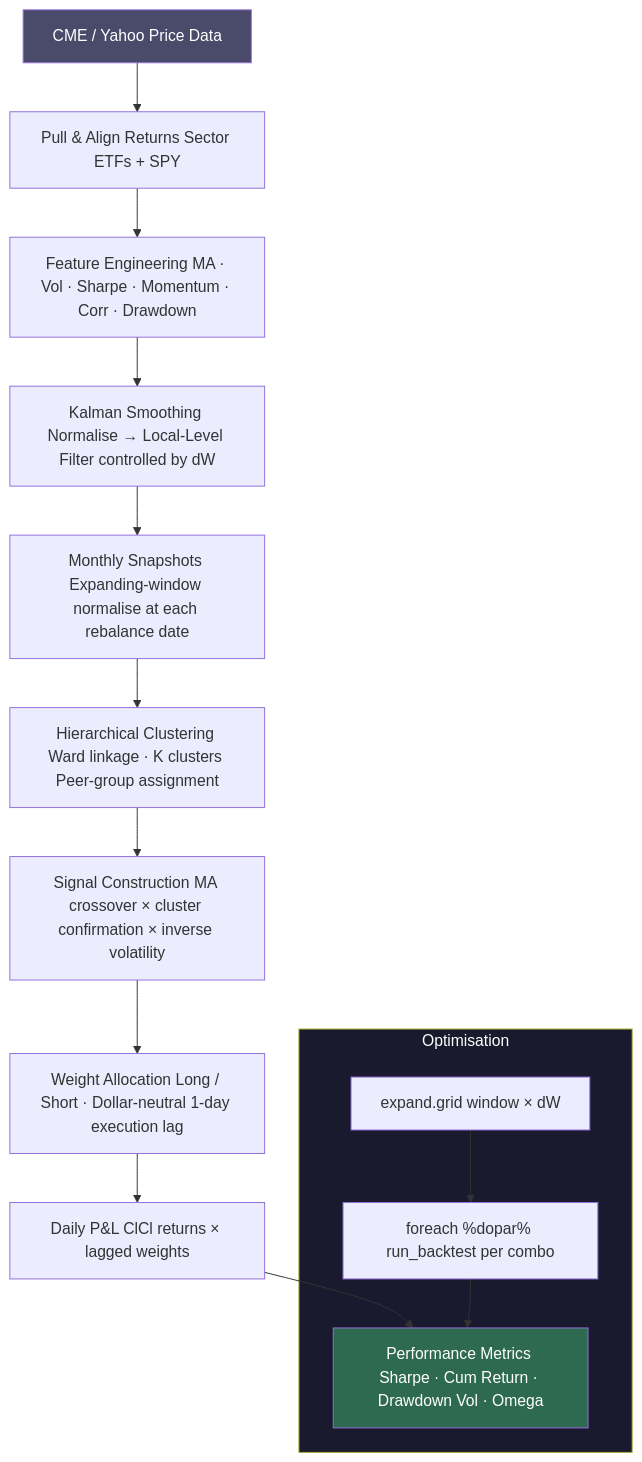
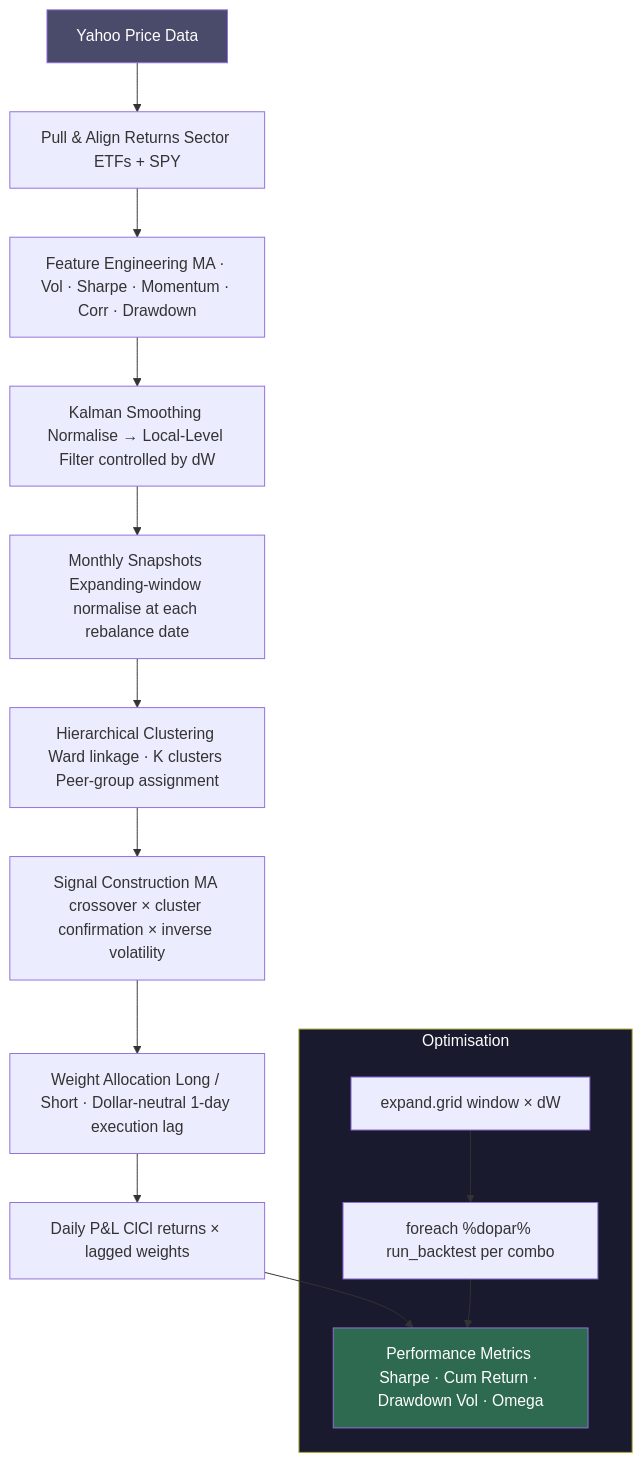
Before and after one commit to PassiveAlex/Fin-452-QTP: the diagram in QTP.qmd, drawn with Mermaid. The commit also changed other lines of this file, not shown here.

Commit message:
Removed the accidental CME thing in the mermaid chart

````diff
--- a/QTP.qmd
+++ b/QTP.qmd
@@ -1011,21 +1011,21 @@
 ```{mermaid}
 flowchart TD
-    A[CME / Yahoo Price Data] --> B[Pull & Align Returns Sector ETFs + SPY]
+    A[Yahoo Price Data] --> B[Pull & Align Returns Sector ETFs + SPY]
     B --> C[Feature Engineering MA · Vol · Sharpe · Momentum · Corr · Drawdown]
     C --> D[Kalman Smoothing Normalise → Local-Level Filter controlled by dW]
     D --> E[Monthly Snapshots Expanding-window normalise at each rebalance date]
     E --> F[Hierarchical Clustering Ward linkage · K clusters Peer-group assignment]
     F --> G[Signal Construction MA crossover × cluster confirmation × inverse volatility]
     G --> H[Weight Allocation Long / Short · Dollar-neutral 1-day execution lag]
     H --> I[Daily P&L ClCl returns × lagged weights]
     I --> J[Performance Metrics Sharpe · Cum Return · Drawdown Vol · Omega]
 
     subgraph Optimisation
         K[expand.grid window × dW] --> L[foreach %dopar% run_backtest per combo]
         L --> J
     end
 
     style A fill:#4a4a6a,color:#fff
     style J fill:#2d6a4f,color:#fff
     style Optimisation fill:#1a1a2e,color:#fff
 ```
````
